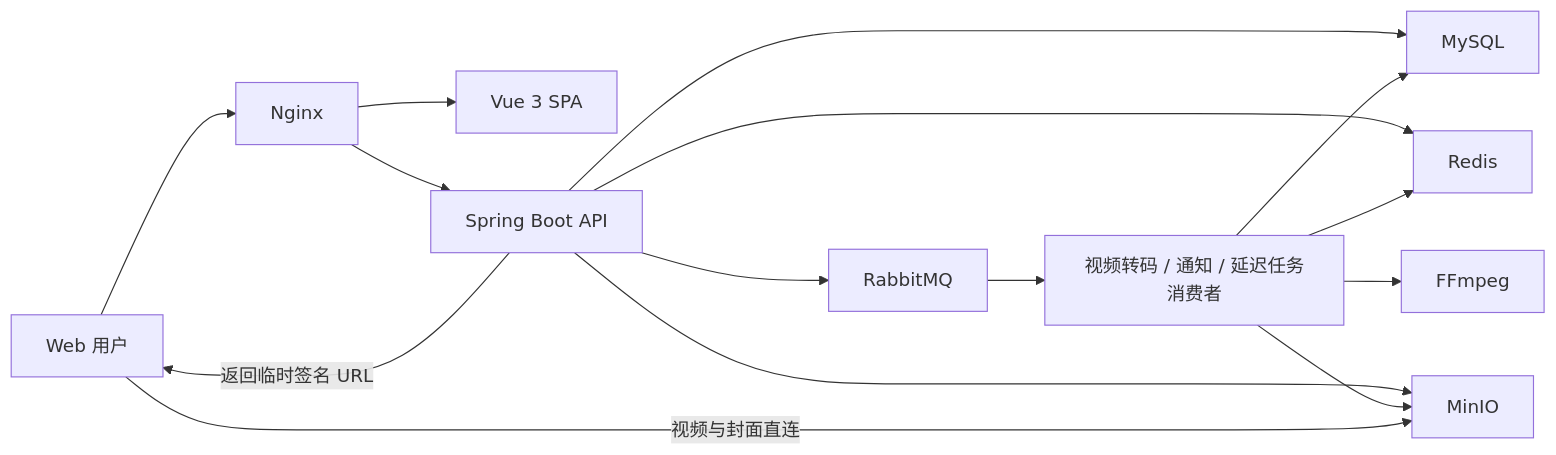
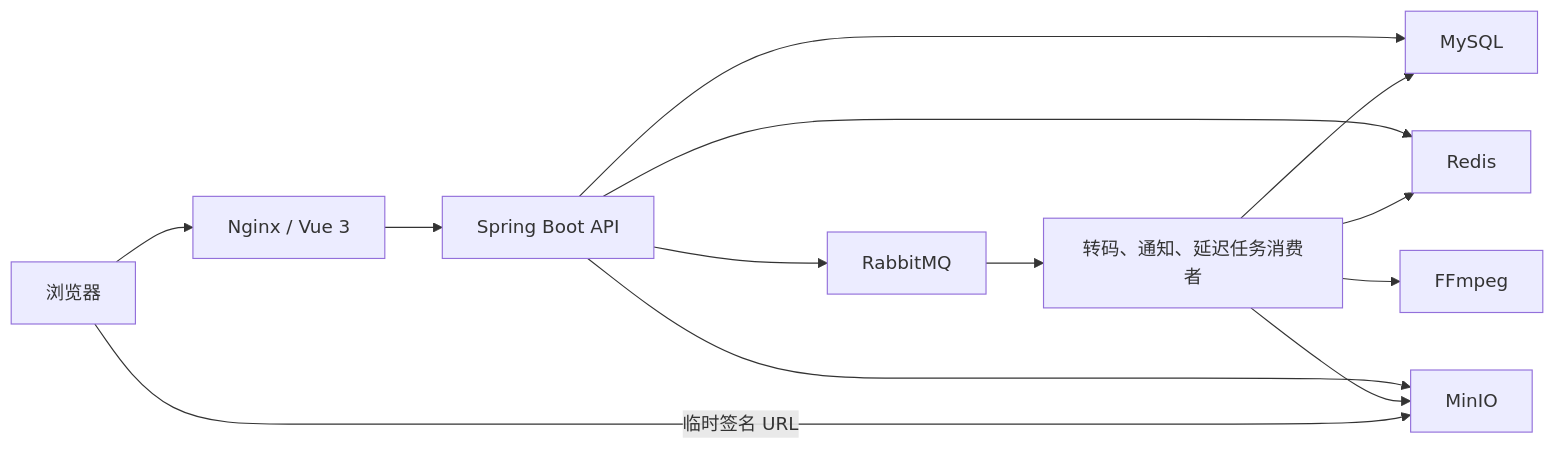
The diagram in README.md (black-stockings666/Learn), drawn with Mermaid before and after one commit. The commit also changed other lines of this file and 12 other files, not shown here.

````diff
--- a/README.md
+++ b/README.md
@@ -104,20 +19,15 @@
 ```mermaid
 flowchart LR
-    U["Web 用户"] --> N["Nginx"]
-    N --> V["Vue 3 SPA"]
+    U["浏览器"] --> N["Nginx / Vue 3"]
     N --> B["Spring Boot API"]
-
-    B --> M["MySQL"]
+    B --> DB["MySQL"]
     B --> R["Redis"]
-    B --> Q["RabbitMQ"]
+    B --> MQ["RabbitMQ"]
     B --> O["MinIO"]
-
-    Q --> W["视频转码 / 通知 / 延迟任务消费者"]
+    MQ --> W["转码、通知、延迟任务消费者"]
     W --> F["FFmpeg"]
+    W --> DB
+    W --> R
     W --> O
-    W --> M
-    W --> R
-
-    B -->|"返回临时签名 URL"| U
-    U -->|"视频与封面直连"| O
+    U -->|"临时签名 URL"| O
 ```
````
